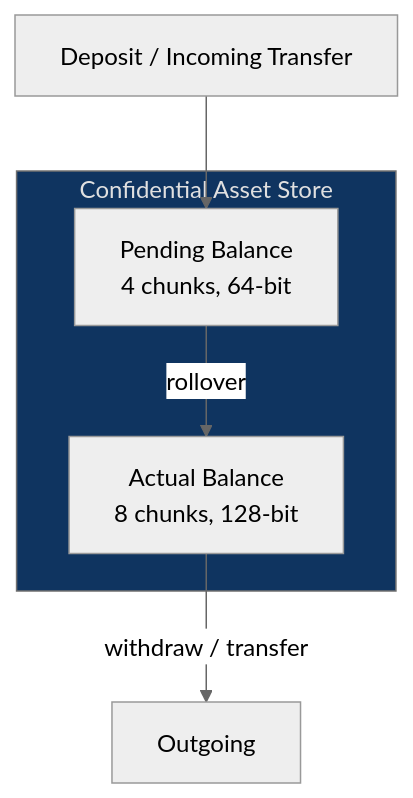
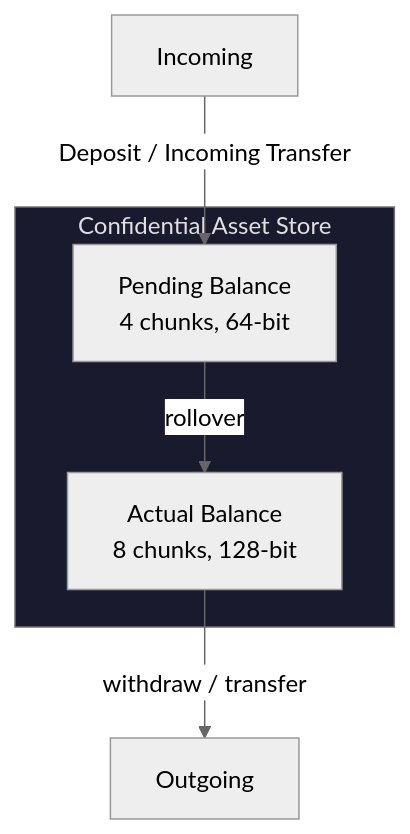
Before and after one commit to movement-network/aptos-core: the third of 15 diagrams in aptos-move/framework/aptos-experimental/whitepaper.md, drawn with Mermaid (neutral theme). The commit also changed other lines of this file, not shown here.

````diff
--- a/aptos-move/framework/aptos-experimental/whitepaper.md
+++ b/aptos-move/framework/aptos-experimental/whitepaper.md
@@ -76,11 +80,11 @@
 ```mermaid
 flowchart TB
     subgraph Account["Confidential Asset Store"]
         PB[Pending Balance<br/>4 chunks, 64-bit]
         AB[Actual Balance<br/>8 chunks, 128-bit]
     end
-    D[Deposit / Incoming Transfer] --> PB
+    D[Incoming] -- Deposit / Incoming Transfer --> PB
     PB -- "rollover" --> AB
     AB -- "withdraw / transfer" --> O[Outgoing]
-    style Account fill:#0f3460,color:#e0e0e0
+    style Account fill:#1a1a2e,color:#e0e0e0
 ```
````
